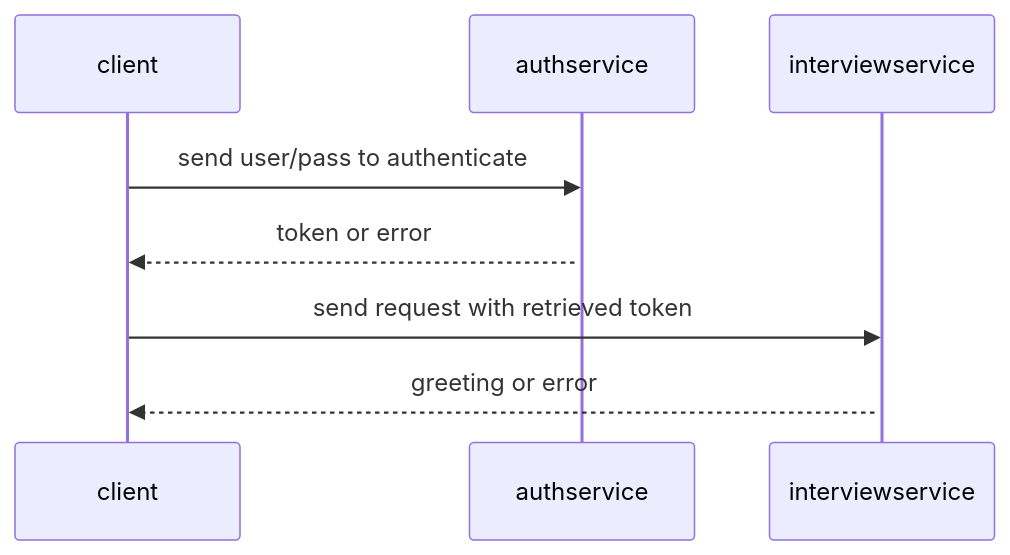
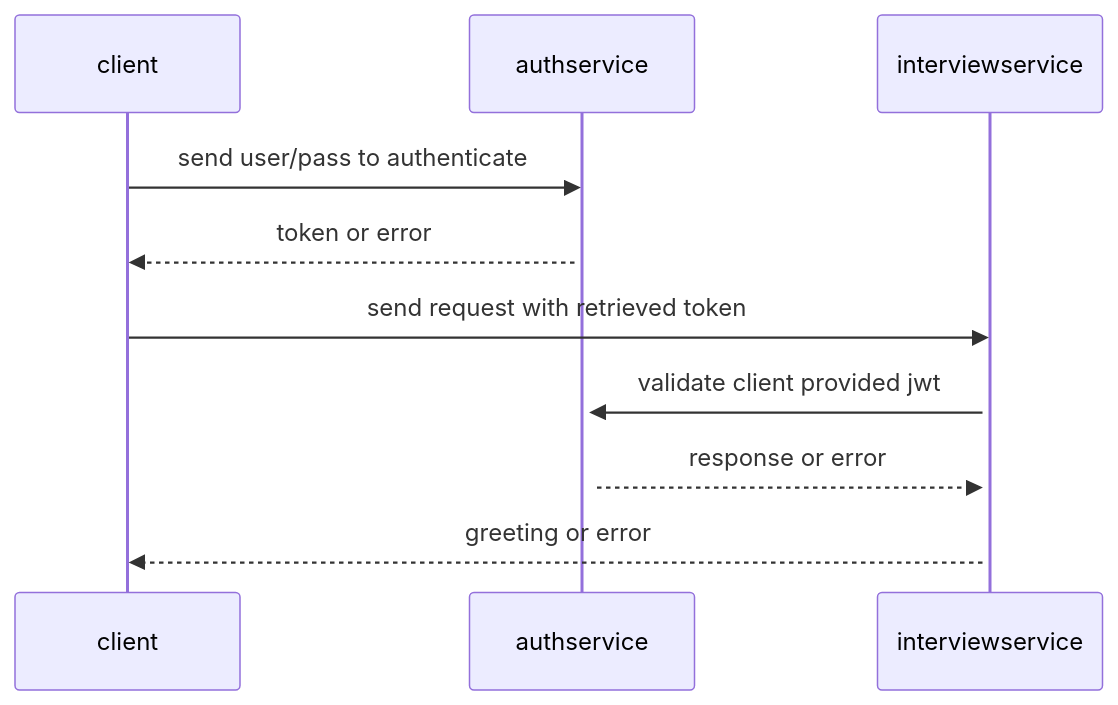
One commit to reynn/the-interview-project changed the diagram in README.md. Above: the diagram before and after it, drawn with Mermaid.

Commit message:
add interviewservice->authservice sequencing

````diff
--- a/README.md
+++ b/README.md
@@ -11,9 +11,12 @@
 ```mermaid
 sequenceDiagram
     client->>authservice: send user/pass to authenticate
     activate authservice
     authservice-->>client: token or error
     client->>interviewservice: send request with retrieved token
     activate interviewservice
+    interviewservice->>authservice: validate client provided jwt
+    activate authservice
+    authservice-->>interviewservice: response or error
     interviewservice-->>client: greeting or error
 ```
````
